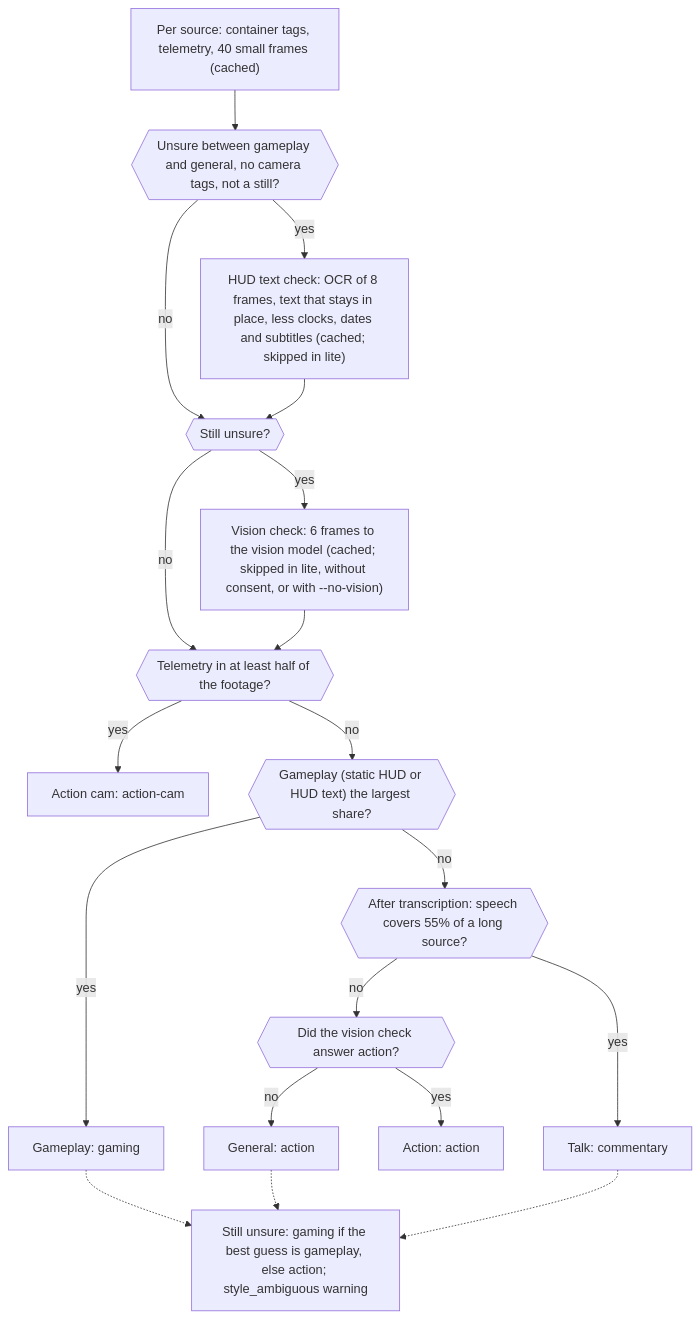
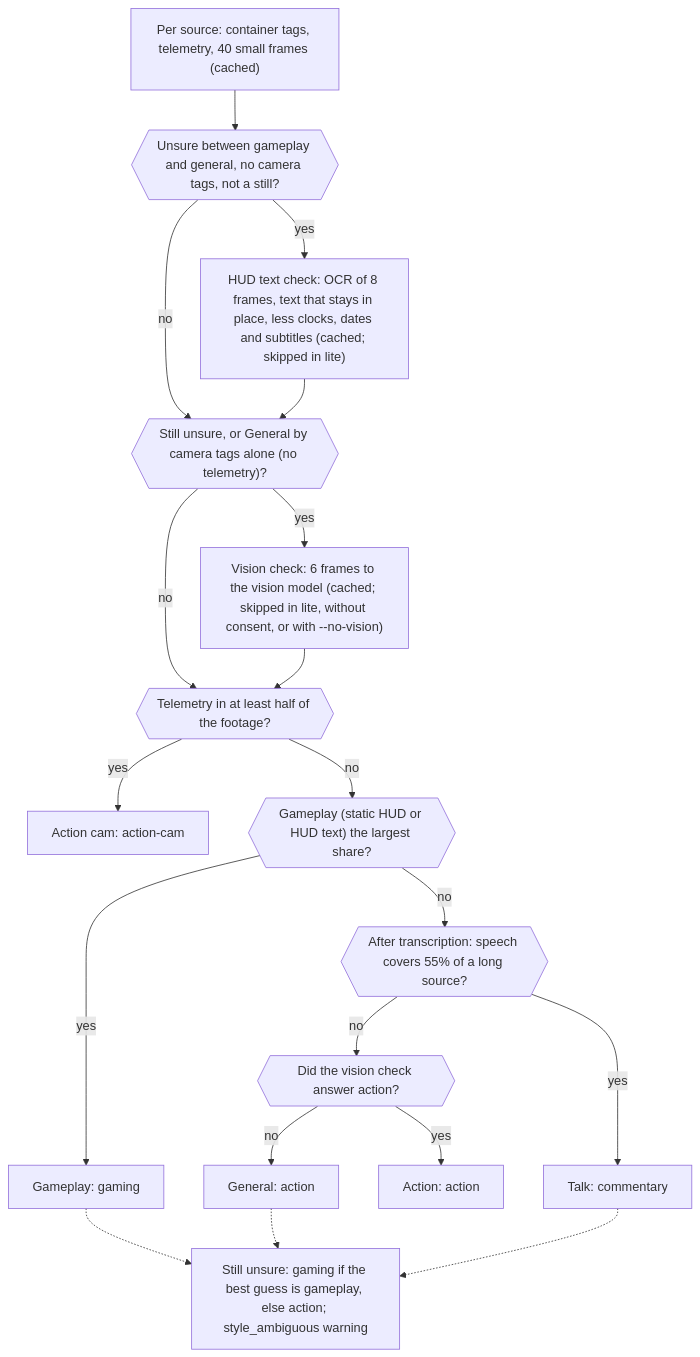
One commit to FerventOrange/cutpoint changed the third of 3 diagrams in docs/pipeline.md. Above: the diagram before and after it, drawn with Mermaid. The commit also changed 11 other files, not shown here.

First line of the commit message:
fix/category : ask vision about camera-tagged footage without telemetry (#958)

````diff
--- a/docs/pipeline.md
+++ b/docs/pipeline.md
@@ -101,24 +101,24 @@
 ```mermaid
 flowchart TD
     P["Per source: container tags, telemetry, 40 small frames (cached)"]
     P --> U{{"Unsure between gameplay and general, no camera tags, not a still?"}}
     U -->|yes| OCR["HUD text check: OCR of 8 frames, text that stays in place, less clocks, dates and subtitles (cached; skipped in lite)"]
     U -->|no| V
-    OCR --> V{{"Still unsure?"}}
+    OCR --> V{{"Still unsure, or General by camera tags alone (no telemetry)?"}}
     V -->|yes| VIS["Vision check: 6 frames to the vision model (cached; skipped in lite, without consent, or with --no-vision)"]
     V -->|no| T
     VIS --> T
     T{{"Telemetry in at least half of the footage?"}}
     T -->|yes| AC["Action cam: action-cam"]
     T -->|no| G{{"Gameplay (static HUD or HUD text) the largest share?"}}
     G -->|yes| GP["Gameplay: gaming"]
     G -->|no| S{{"After transcription: speech covers 55% of a long source?"}}
     S -->|yes| TK["Talk: commentary"]
     S -->|no| AX{{"Did the vision check answer action?"}}
     AX -->|yes| ACT["Action: action"]
     AX -->|no| GE["General: action"]
     AMB["Still unsure: gaming if the best guess is gameplay, else action; style_ambiguous warning"]
     GP -.-> AMB
     GE -.-> AMB
     TK -.-> AMB
 ```
````
